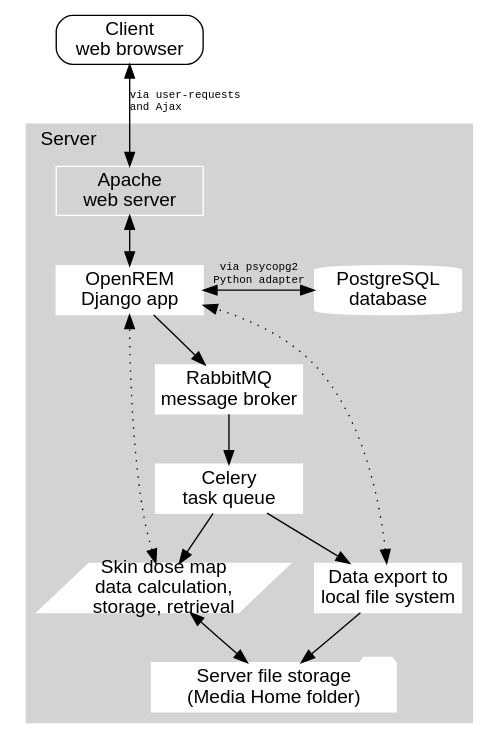
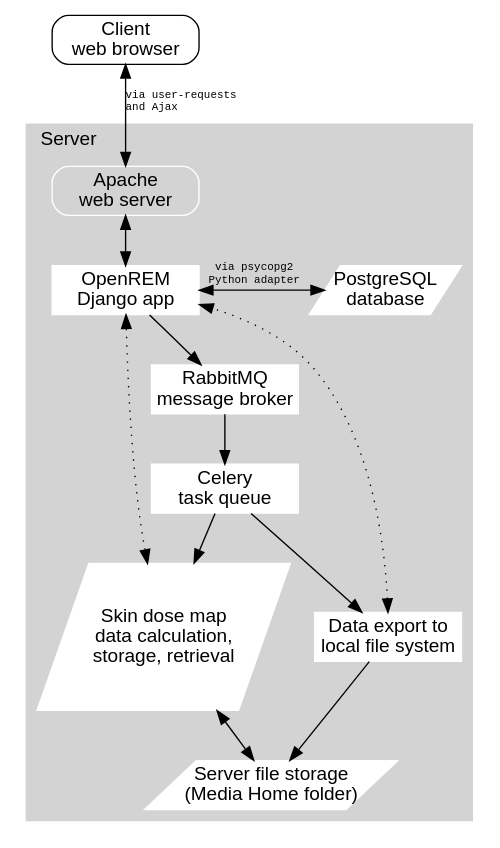
The first of 2 diagrams in docs/testgraphviz.rst (ckswilliams/modOpenREM), drawn with Graphviz before and after one commit. The commit also changed other lines of this file, not shown here.

Commit message:
Trying to sort out size issue and some shapes. References issue #448

```diff
--- a/docs/testgraphviz.rst
+++ b/docs/testgraphviz.rst
@@ -7,46 +7,46 @@
 .. graphviz::
 
    digraph {
       node [fixedsize=true width=1.5];
 
       // Define the things on the server
       subgraph cluster_server {
          label="Server";
          tooltip="The server";
          labeljust=l;
          fontname="Helvetica";
          style=filled;
          color=lightgrey;
          node [style=filled color=white];
 
          // Define the nodes
-         webserver [label="Apache\nweb server" fontname="Helvetica" tooltip="Serve web pages to the user" shape="box" style="rounded filled" color=white];
+         webserver [label="Apache\nweb server" fontname="Helvetica" tooltip="Serve web pages to the user" shape="box" style="rounded"];
          python_django [label="OpenREM\nDjango app" fontname="Helvetica" tooltip="Python web framework" shape="box"];
-         database [label="PostgreSQL\ndatabase" fontname="Helvetica" tooltip="Relational database management system" shape="cylinder"];
+         database [label="PostgreSQL\ndatabase" fontname="Helvetica" tooltip="Relational database management system" shape="parallelogram"];
          rabbitmq [label="RabbitMQ\nmessage broker" fontname="Helvetica" tooltip="Message broker" shape="box"];
          celery [label="Celery\ntask queue" fontname="Helvetica" tooltip="Asynchronous task queue" shape="polygon sides=6"];
-         skin_dose_map_data [label="Skin dose map\ndata calculation,\nstorage, retrieval" fontname="Helvetica" tooltip="Calculate, store and retrieve skin dose map data" shape="parallelogram" width="2.5"];
-         server_media_folder [label="Server file storage\n(Media Home folder)" fontname="Helvetica" tooltip="File storage on the server" shape="folder" width="2.5"];
+         skin_dose_map_data [label="Skin dose map\ndata calculation,\nstorage, retrieval" fontname="Helvetica" tooltip="Calculate, store and retrieve skin dose map data" shape="parallelogram" width="2.5" height="1.5"];
+         server_media_folder [label="Server file storage\n(Media Home folder)" fontname="Helvetica" tooltip="File storage on the server" shape="parallelogram" width="2.5"];
          data_export [label="Data export to\nlocal file system" fontname="Helvetica" tooltip="Files are made available to the user via a web page URL" shape="box"];
 
          // Define the links between the nodes
          webserver -> python_django [dir=both];
          python_django -> database [dir=both label="via psycopg2\nPython adapter" fontsize=8 fontname="Courier"];
          python_django -> rabbitmq;
          rabbitmq -> celery;
          celery -> skin_dose_map_data;
          celery -> data_export;
          skin_dose_map_data -> server_media_folder [dir=both];
          skin_dose_map_data -> python_django [style=dotted dir=both];
          data_export -> server_media_folder;
          data_export -> python_django [style=dotted dir=both];
 
          // Force python_django and the database to be on the same level
          {rank=same; python_django database}
          {rank=same; skin_dose_map_data data_export}
       }
 
       // Define the web browser
       web_browser [label="Client\nweb browser" fontname="Helvetica" tooltip="The user's web browser" shape="box" style=rounded];
       web_browser -> webserver [dir=both label="via user-requests\land Ajax\l" fontsize=8 fontname="Courier" tooltip="Ajax used to retrieve chart data"];
    }
```
